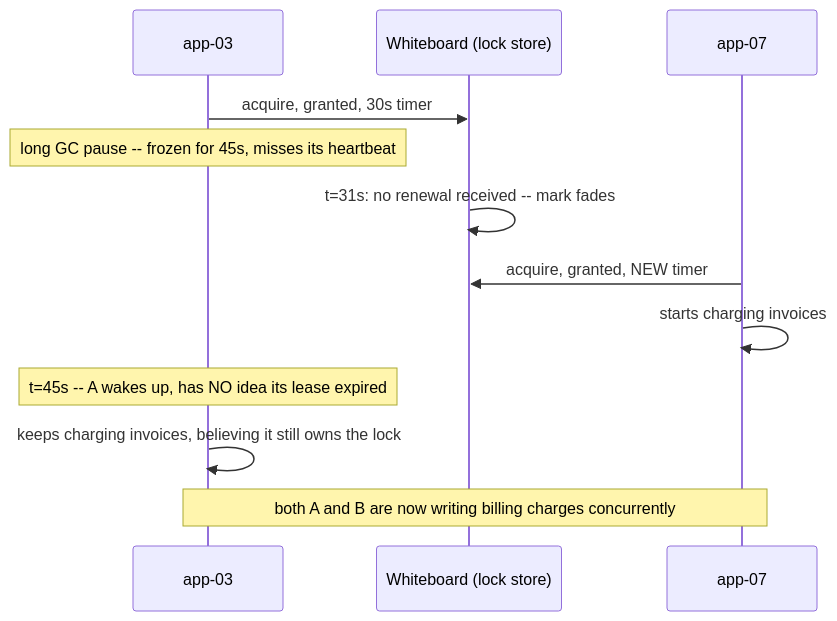
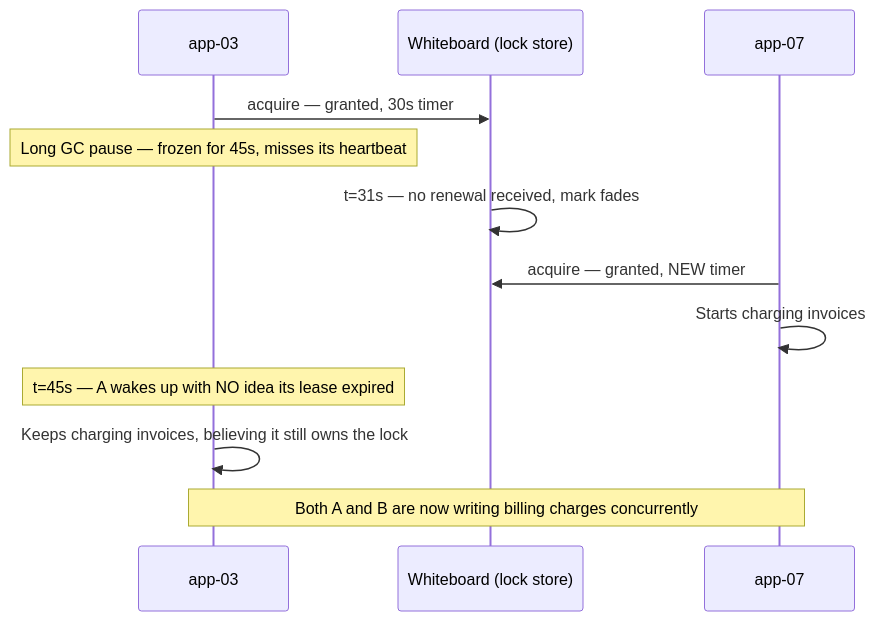
Before and after one commit to riyaz-pasha/Learnings: the third of 10 diagrams in system-design/HLD/0-course/61-Design-a-Global-Distributed-Lock-Service-FAANG-Guide-story.md, drawn with Mermaid. The commit also changed other lines of this file and 1 other file, not shown here.

Commit message:
[REWRITE] Global Distributed Lock Service story guide: simplify prose, add structure, fix diagrams

````diff
--- a/system-design/HLD/0-course/61-Design-a-Global-Distributed-Lock-Service-FAANG-Guide-story.md
+++ b/system-design/HLD/0-course/61-Design-a-Global-Distributed-Lock-Service-FAANG-Guide-story.md
@@ -106,15 +172,15 @@
 ```mermaid
 sequenceDiagram
     participant A as app-03
     participant W as Whiteboard (lock store)
     participant B as app-07
 
-    A->>W: acquire, granted, 30s timer
-    Note over A: long GC pause -- frozen for 45s, misses its heartbeat
-    W->>W: t=31s: no renewal received -- mark fades
-    B->>W: acquire, granted, NEW timer
-    B->>B: starts charging invoices
-    Note over A: t=45s -- A wakes up, has NO idea its lease expired
-    A->>A: keeps charging invoices, believing it still owns the lock
-    Note over A,B: both A and B are now writing billing charges concurrently
+    A->>W: acquire — granted, 30s timer
+    Note over A: Long GC pause — frozen for 45s, misses its heartbeat
+    W->>W: t=31s — no renewal received, mark fades
+    B->>W: acquire — granted, NEW timer
+    B->>B: Starts charging invoices
+    Note over A: t=45s — A wakes up with NO idea its lease expired
+    A->>A: Keeps charging invoices, believing it still owns the lock
+    Note over A,B: Both A and B are now writing billing charges concurrently
 ```
````
